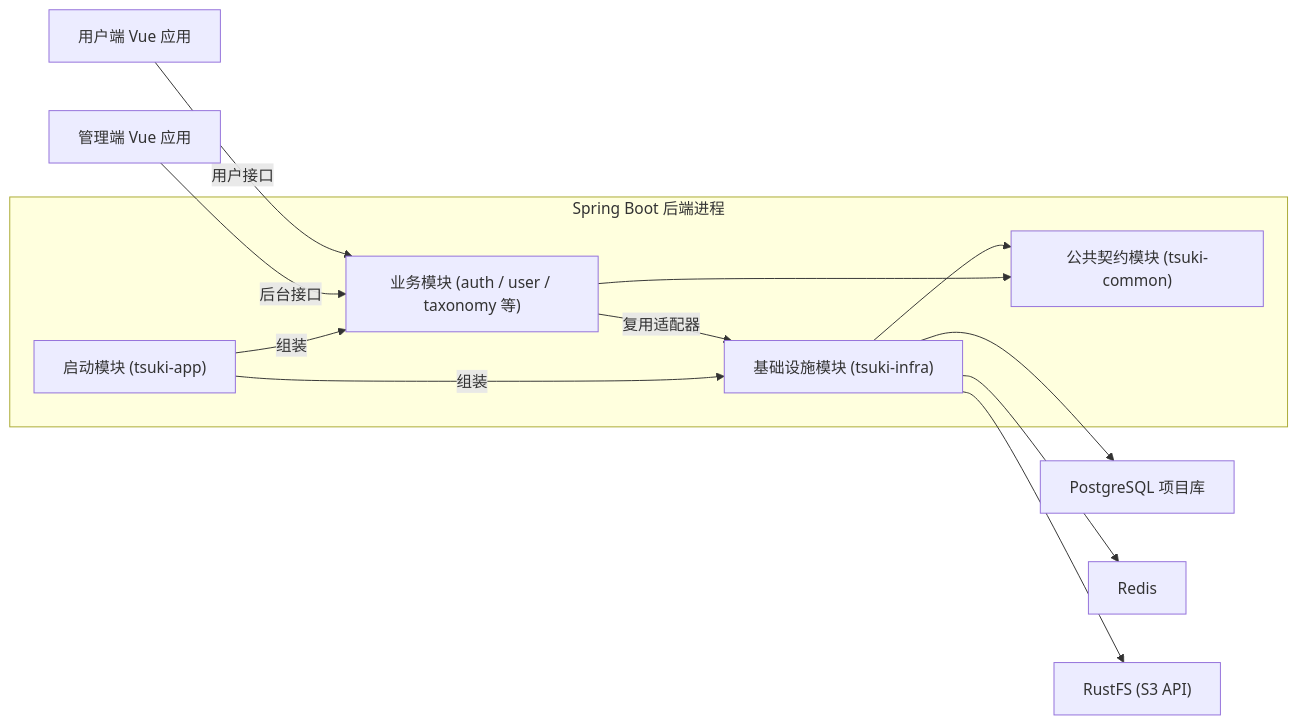
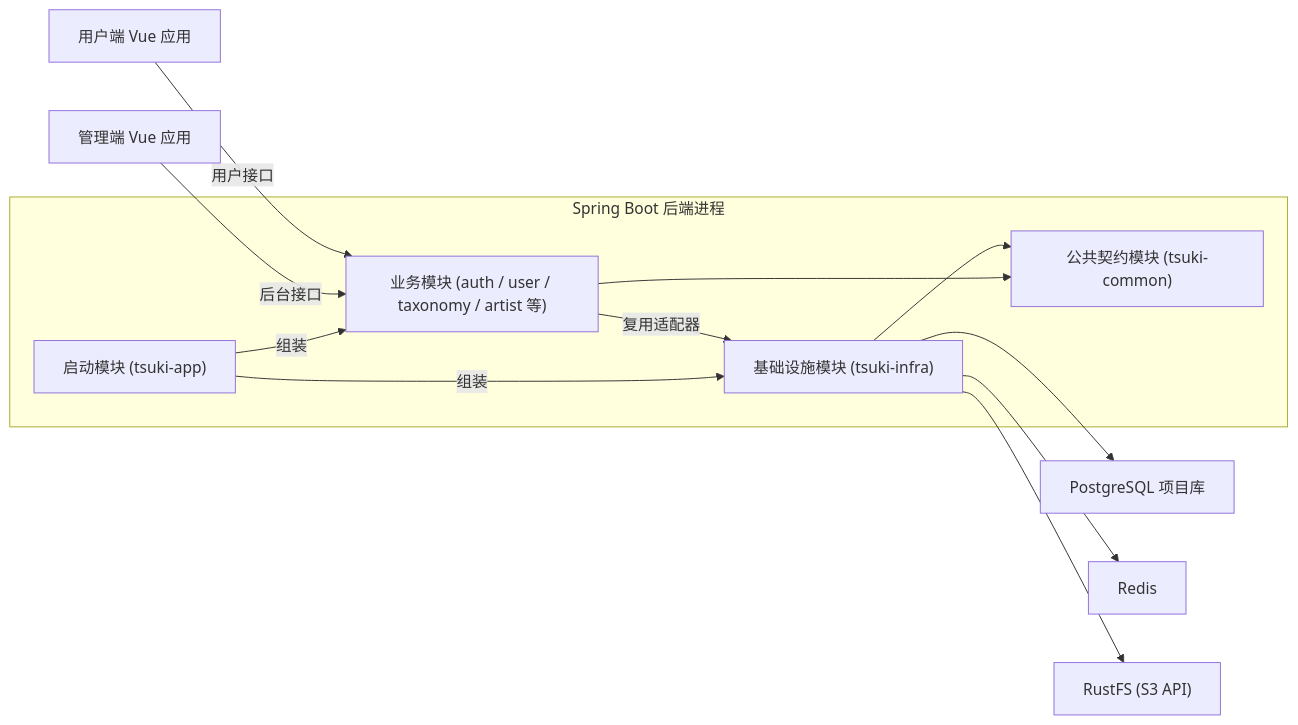
One commit to 0Elaina/tsuki changed the diagram in docs/01-project-overview.md. Above: the diagram before and after it, drawn with Mermaid. The commit also changed other lines of this file and 3 other files, not shown here.

````diff
--- a/docs/01-project-overview.md
+++ b/docs/01-project-overview.md
@@ -14,15 +14,15 @@
 ```mermaid
 flowchart LR
     subgraph Server["Spring Boot 后端进程"]
-        App["启动模块 (tsuki-app)"] -->|组装| Business["业务模块 (auth / user / taxonomy 等)"]
+        App["启动模块 (tsuki-app)"] -->|组装| Business["业务模块 (auth / user / taxonomy / artist 等)"]
         App -->|组装| Infra["基础设施模块 (tsuki-infra)"]
         Business -->|复用适配器| Infra
         Business --> Common["公共契约模块 (tsuki-common)"]
         Infra --> Common
     end
     Admin["管理端 Vue 应用"] -->|后台接口| Business
     User["用户端 Vue 应用"] -->|用户接口| Business
     Infra --> Postgres["PostgreSQL 项目库"]
     Infra --> Redis["Redis"]
     Infra --> RustFS["RustFS (S3 API)"]
 ```
````
